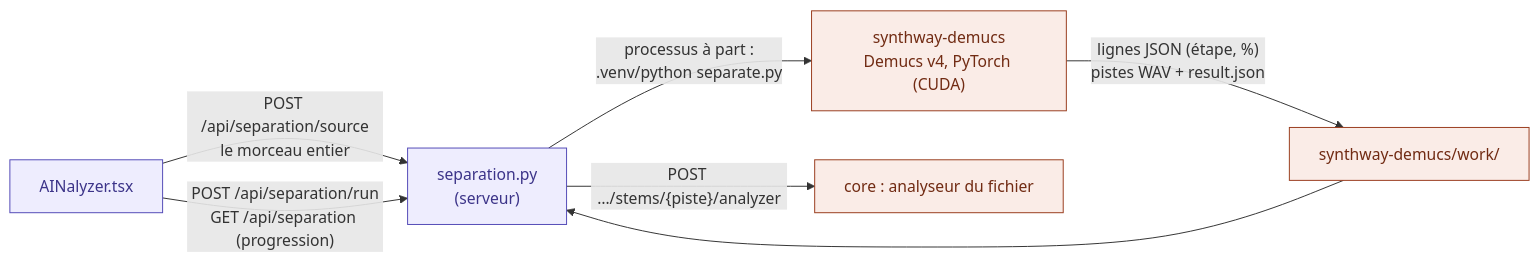
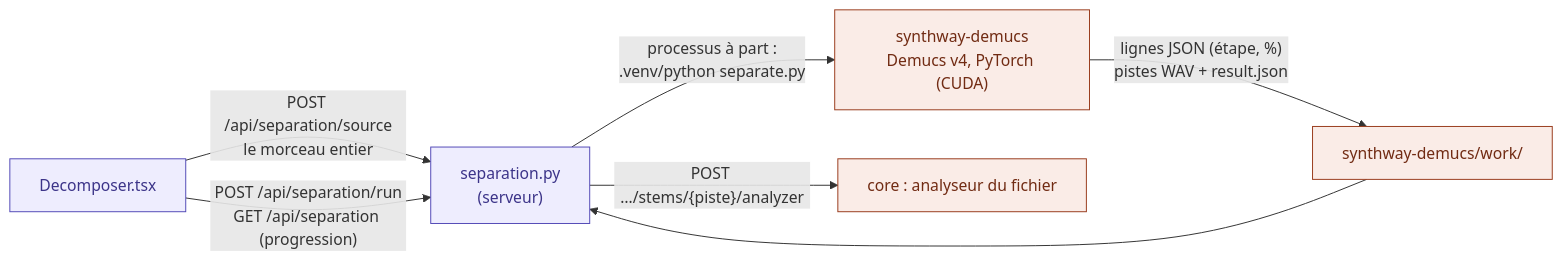
One commit to ArthurCovanov/Synthway changed the fourth of 4 diagrams in docs/architecture.md. Above: the diagram before and after it, drawn with Mermaid. The commit also changed other lines of this file and 65 other files, not shown here.

````diff
--- a/docs/architecture.md
+++ b/docs/architecture.md
@@ -202,14 +206,14 @@
 ```mermaid
 flowchart LR
-    UI["AINalyzer.tsx"] -->|"POST /api/separation/source<br/>le morceau entier"| Server["separation.py<br/>(serveur)"]
+    UI["Decomposer.tsx"] -->|"POST /api/separation/source<br/>le morceau entier"| Server["separation.py<br/>(serveur)"]
     UI -->|"POST /api/separation/run<br/>GET /api/separation (progression)"| Server
     Server -->|"processus à part :<br/>.venv/python separate.py"| Demucs["synthway-demucs<br/>Demucs v4, PyTorch (CUDA)"]
     Demucs -->|"lignes JSON (étape, %)<br/>pistes WAV + result.json"| Work["synthway-demucs/work/"]
     Work --> Server
     Server -->|"POST …/stems/{piste}/analyzer"| Core["core : analyseur du fichier"]
 
     classDef cmd fill:#EEEDFE,stroke:#534AB7,color:#3C3489
     classDef sig fill:#FAECE7,stroke:#993C1D,color:#712B13
     class UI,Server cmd
     class Demucs,Work,Core sig
 ```
````
